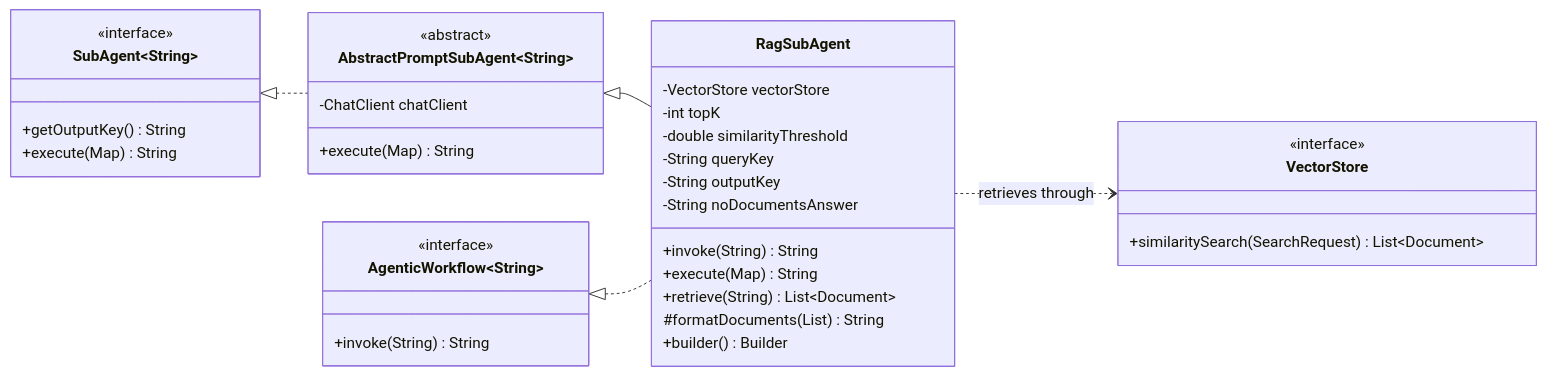
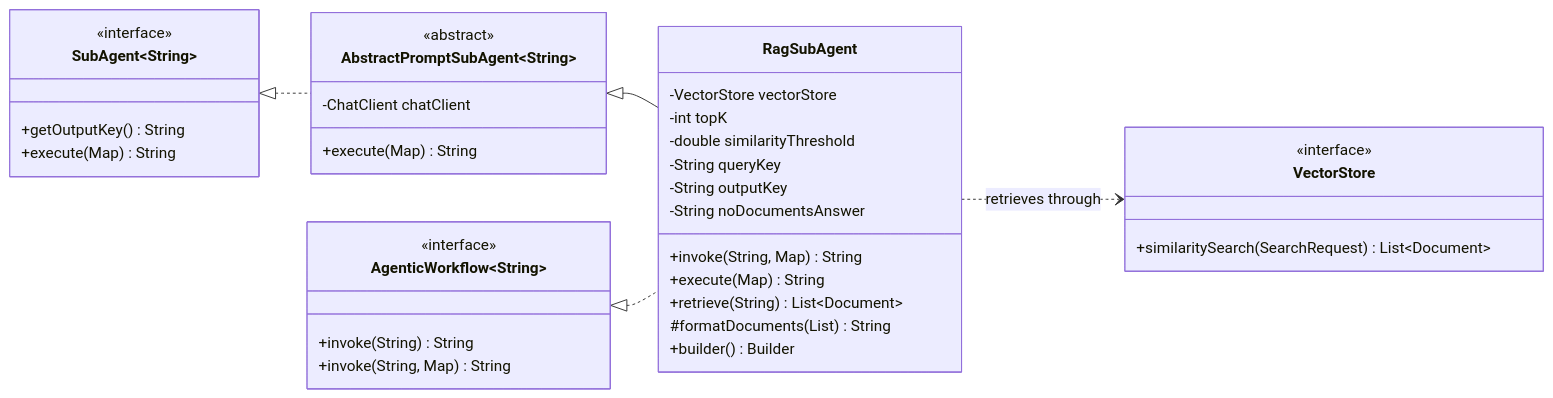
One commit to ronaldwkcheng/agent-api changed the first of 2 diagrams in api/docs/rag-sub-agent.md. Above: the diagram before and after it, drawn with Mermaid. The commit also changed 7 other files, not shown here.

````diff
--- a/api/docs/rag-sub-agent.md
+++ b/api/docs/rag-sub-agent.md
@@ -32,45 +32,46 @@
 ```mermaid
 classDiagram
     direction LR
 
     class AgenticWorkflow~String~ {
         <<interface>>
         +invoke(String) String
+        +invoke(String, Map) String
     }
 
     class SubAgent~String~ {
         <<interface>>
         +getOutputKey() String
         +execute(Map) String
     }
 
     class AbstractPromptSubAgent~String~ {
         <<abstract>>
         -ChatClient chatClient
         +execute(Map) String
     }
 
     class RagSubAgent {
         -VectorStore vectorStore
         -int topK
         -double similarityThreshold
         -String queryKey
         -String outputKey
         -String noDocumentsAnswer
-        +invoke(String) String
+        +invoke(String, Map) String
         +execute(Map) String
         +retrieve(String) List~Document~
         #formatDocuments(List) String
         +builder() Builder
     }
 
     class VectorStore {
         <<interface>>
         +similaritySearch(SearchRequest) List~Document~
     }
 
     SubAgent <|.. AbstractPromptSubAgent
     AbstractPromptSubAgent <|-- RagSubAgent
     AgenticWorkflow <|.. RagSubAgent
     RagSubAgent ..> VectorStore : retrieves through
 ```
````
